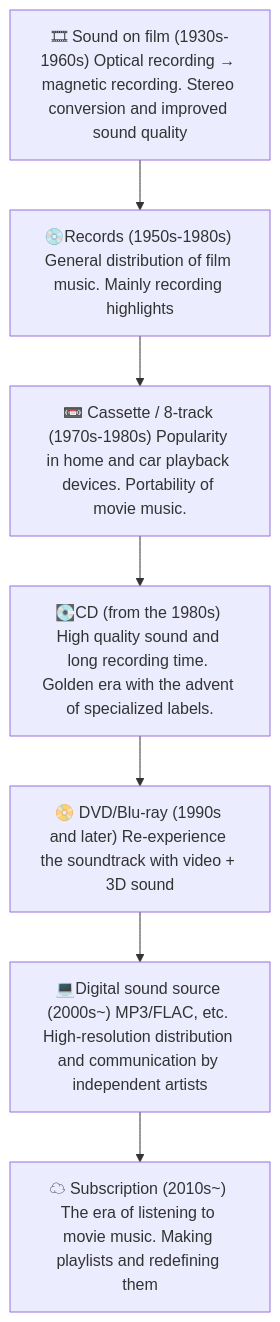
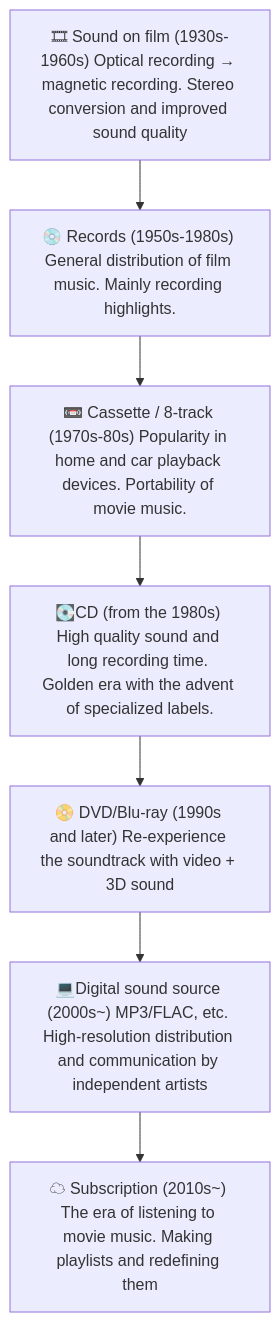
Before and after one commit to monumental-movement/monumental-movement.github.io: the diagram in en/_posts/2025-07-17-Column-Soundtrack.md, drawn with Mermaid. The commit also changed other lines of this file and 296 other files, not shown here.

```diff
--- a/en/_posts/2025-07-17-Column-Soundtrack.md
+++ b/en/_posts/2025-07-17-Column-Soundtrack.md
@@ -102,14 +102,14 @@
 <div class="mermaid">
 
 flowchart TD
   A["🎞 Sound on film (1930s-1960s) Optical recording → magnetic recording. Stereo conversion and improved sound quality"]
-  B["💿Records (1950s-1980s) General distribution of film music. Mainly recording highlights"]
-  C["📼 Cassette / 8-track (1970s-1980s) Popularity in home and car playback devices. Portability of movie music."]
+  B["💿 Records (1950s-1980s) General distribution of film music. Mainly recording highlights."]
+  C["📼 Cassette / 8-track (1970s-80s) Popularity in home and car playback devices. Portability of movie music."]
   D["💽CD (from the 1980s) High quality sound and long recording time. Golden era with the advent of specialized labels."]
   E["📀 DVD/Blu-ray (1990s and later) Re-experience the soundtrack with video + 3D sound"]
   F["💻Digital sound source (2000s~) MP3/FLAC, etc. High-resolution distribution and communication by independent artists"]
   G["☁ Subscription (2010s~) The era of listening to movie music. Making playlists and redefining them"]
 
   A --> B --> C --> D --> E --> F --> G
 
 </div>
```
